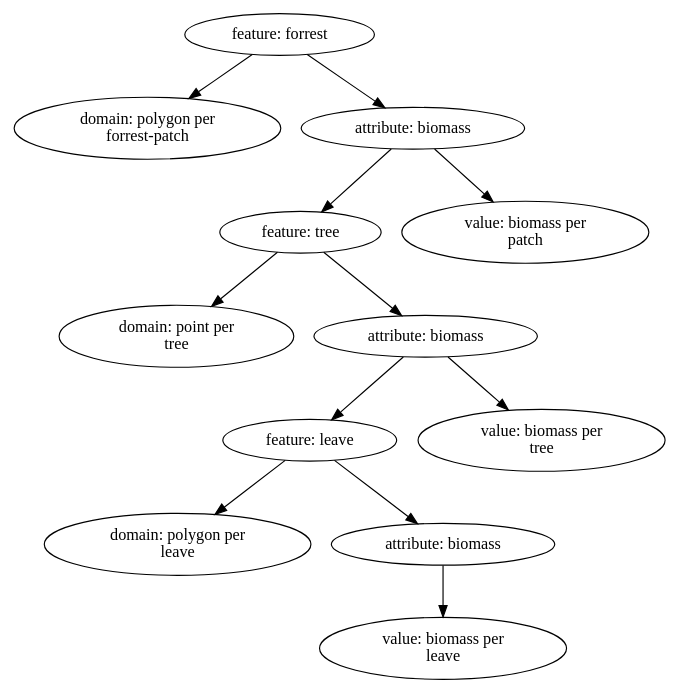
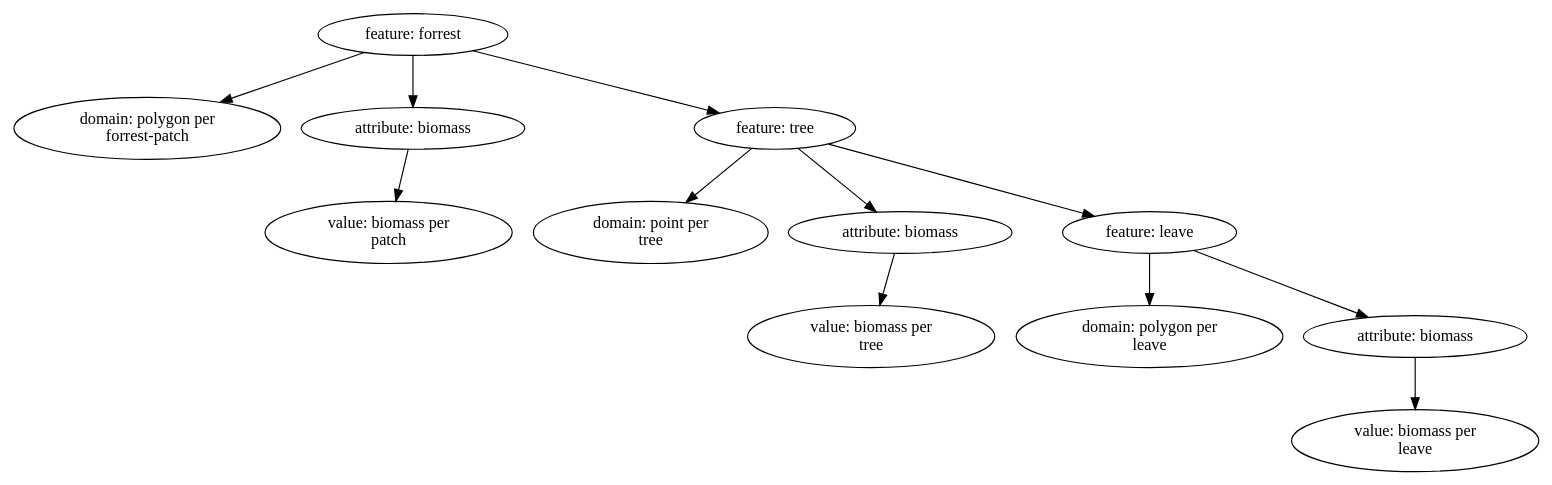
The second of 3 diagrams in documents/Texts/DataModel/DataModel.rst (geoneric/fern), drawn with Graphviz before and after one commit. The commit also changed other lines of this file and 2 other files, not shown here.

```diff
--- a/documents/Texts/DataModel/DataModel.rst
+++ b/documents/Texts/DataModel/DataModel.rst
@@ -149,58 +150,58 @@
 .. graphviz::
 
    digraph ForrestBiomass {
      ordering="out"
 
      forrestFeature[
        label="feature: forrest"
      ]
      forrestDomain[
        label="domain: polygon per\nforrest-patch"
      ]
      forrestAttribute[
        label="attribute: biomass"
      ]
      forrestValue[
        label="value: biomass per\npatch"
      ]
 
      treeFeature[
        label="feature: tree"
      ]
      treeDomain[
        label="domain: point per\ntree"
      ]
      treeAttribute[
        label="attribute: biomass"
      ]
      treeValue[
        label="value: biomass per\ntree"
      ]
 
      leaveFeature[
        label="feature: leave"
      ]
      leaveDomain[
        label="domain: polygon per\nleave"
      ]
      leaveAttribute[
        label="attribute: biomass"
      ]
      leaveValue[
        label="value: biomass per\nleave"
      ]
 
      forrestFeature -> forrestDomain;
      forrestFeature -> forrestAttribute;
-     forrestAttribute -> treeFeature;
+     forrestFeature -> treeFeature;
      forrestAttribute -> forrestValue;
 
      treeFeature -> treeDomain;
      treeFeature -> treeAttribute;
-     treeAttribute -> leaveFeature;
+     treeFeature -> leaveFeature;
      treeAttribute -> treeValue;
 
      leaveFeature -> leaveDomain;
      leaveFeature -> leaveAttribute;
      leaveAttribute -> leaveValue;
   }
```
